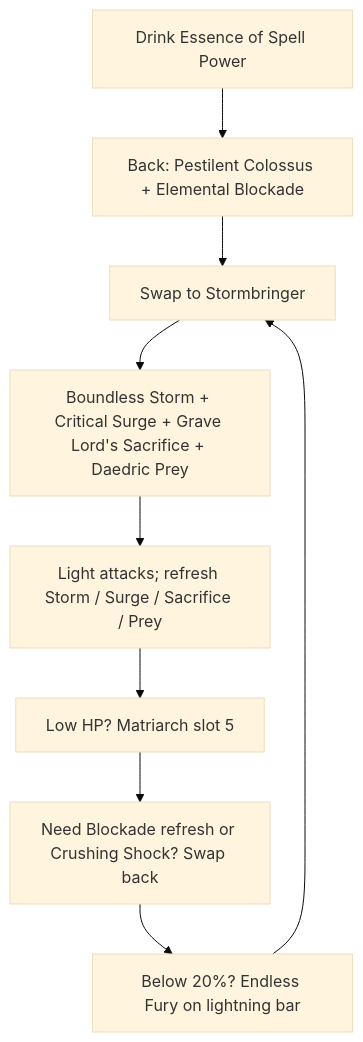
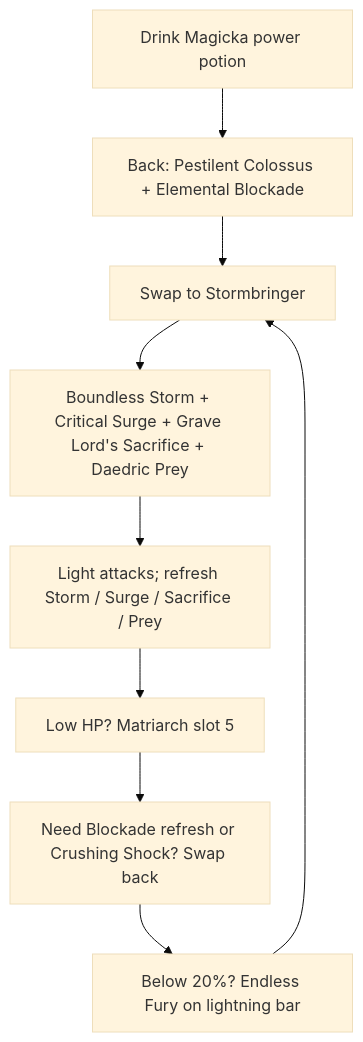
The second of 3 diagrams in examples/solaegis/eu/lord_elric_of_melnibone_plan.md (solaegis/CharacterMarkdown), drawn with Mermaid (base theme) before and after one commit. The commit also changed other lines of this file and 45 other files, not shown here.

````diff
--- a/examples/solaegis/eu/lord_elric_of_melnibone_plan.md
+++ b/examples/solaegis/eu/lord_elric_of_melnibone_plan.md
@@ -174,11 +187,11 @@
 ```mermaid
 flowchart TD
-    A["Drink Essence of Spell Power"] --> B["Back: Pestilent Colossus + Elemental Blockade"]
+    A["Drink Magicka power potion"] --> B["Back: Pestilent Colossus + Elemental Blockade"]
     B --> C["Swap to Stormbringer"]
     C --> D["Boundless Storm + Critical Surge + Grave Lord's Sacrifice + Daedric Prey"]
     D --> E["Light attacks; refresh Storm / Surge / Sacrifice / Prey"]
     E --> F["Low HP? Matriarch slot 5"]
     F --> G["Need Blockade refresh or Crushing Shock? Swap back"]
     G --> H["Below 20%? Endless Fury on lightning bar"]
     H --> C
 ```
````
